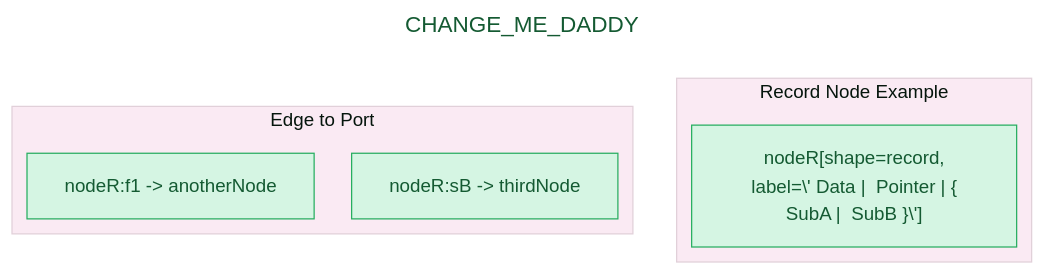
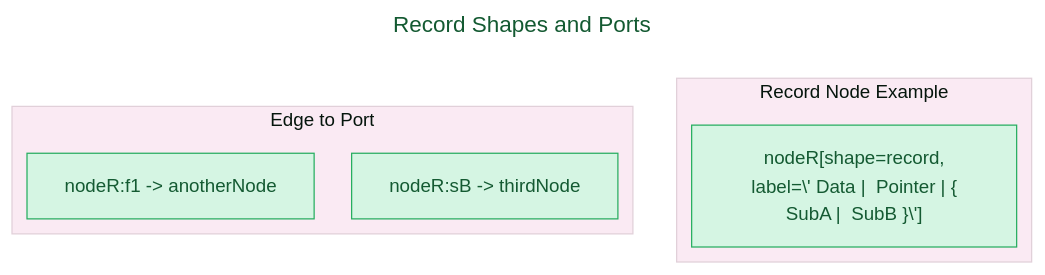
Before and after one commit to CongLeSolutionX/The-Language-Atlas: the fifth of 9 diagrams in regions/DOT_language/PART_2/Gallery_of_DOT_Concepts.md, drawn with Mermaid. The commit also changed other lines of this file and 6 other files, not shown here.

````diff
--- a/regions/DOT_language/PART_2/Gallery_of_DOT_Concepts.md
+++ b/regions/DOT_language/PART_2/Gallery_of_DOT_Concepts.md
@@ -217,39 +217,39 @@
 ```mermaid
 ---
-title: "CHANGE_ME_DADDY"
+title: "Record Shapes and Ports"
 author: "Cong Le"
 version: "1.0"
 license(s): "MIT, CC BY 4.0"
 copyright: "Copyright (c) 2025 Cong Le. All Rights Reserved."
 config:
   layout: elk
   theme: base
 ---
 %%%%%%%% Mermaid version v11.4.1-b.14
 %%%%%%%% Available curve styles include the following keywords:
 %% basis, bumpX, bumpY, cardinal, catmullRom, linear, monotoneX, monotoneY, natural, step, stepAfter, stepBefore.
 %%{
   init: {
     'flowchart': { 'htmlLabels': true, 'curve': 'linear' },
     'fontFamily': 'Monaco',
     'themeVariables': {
       'primaryColor': '#D5F5E3',
       'primaryTextColor': '#145A32',
       'lineColor': '#F8B229',
       'primaryBorderColor': '#27AE60',
       'secondaryColor': '#EBDEF0',
       'secondaryTextColor': '#6C3483',
       'secondaryBorderColor': '#A569BD',
       'fontSize': '15px'
     }
   }
 }%%
 graph TD
     subgraph Record_Node_Example["Record Node Example"]
         R1["nodeR[shape=record,<br/> label=\'<f0> Data | <f1> Pointer | { SubA | <sB> SubB }\']"]
     end
     subgraph Edge_to_Port["Edge to Port"]
         E1["nodeR:f1 -> anotherNode"]
         E2["nodeR:sB -> thirdNode"]
     end
 ```
````
